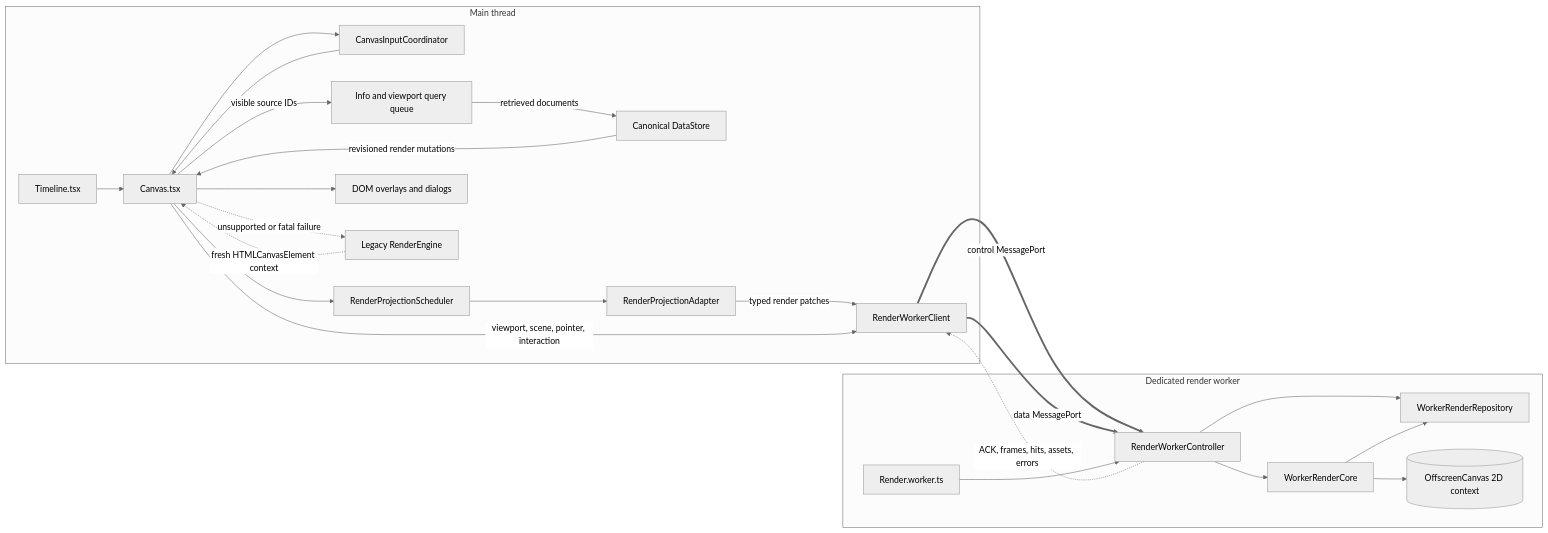
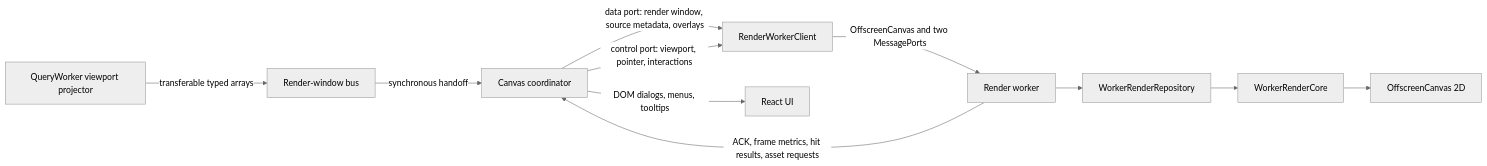
The diagram in docs/webui/engine.architecture.md (mentat-is/gulp), drawn with Mermaid (neutral theme) before and after one commit. The commit also changed other lines of this file and 133 other files, not shown here.

Commit message:
feat: enhance rendering LOD and data handling, avoid use RAM to store events object and store its in IndexDB.

````diff
--- a/docs/webui/engine.architecture.md
+++ b/docs/webui/engine.architecture.md
@@ -32,45 +15,13 @@
 ```mermaid
 flowchart LR
-  subgraph MainThread[Main thread]
-    Timeline[Timeline.tsx]
-    Canvas[Canvas.tsx]
-    Input[CanvasInputCoordinator]
-    Info[Info and viewport query queue]
-    Store[Canonical DataStore]
-    Projection[RenderProjectionScheduler]
-    Adapter[RenderProjectionAdapter]
-    Client[RenderWorkerClient]
-    Dom[DOM overlays and dialogs]
-    Legacy[Legacy RenderEngine]
-  end
-
-  subgraph WorkerThread[Dedicated render worker]
-    Bootstrap[Render.worker.ts]
-    Controller[RenderWorkerController]
-    Repository[WorkerRenderRepository]
-    Core[WorkerRenderCore]
-    Surface[(OffscreenCanvas 2D context)]
-  end
-
-  Timeline --> Canvas
-  Canvas --> Input
-  Input --> Canvas
-  Canvas -->|visible source IDs| Info
-  Info -->|retrieved documents| Store
-  Store -->|revisioned render mutations| Canvas
-  Canvas --> Projection
-  Projection --> Adapter
-  Adapter -->|typed render patches| Client
-  Canvas -->|viewport, scene, pointer, interaction| Client
-  Client ==>|control MessagePort| Controller
-  Client ==>|data MessagePort| Controller
-  Bootstrap --> Controller
-  Controller --> Repository
-  Controller --> Core
-  Core --> Repository
-  Core --> Surface
-  Controller -.->|ACK, frames, hits, assets, errors| Client
-  Canvas --> Dom
-  Canvas -.->|unsupported or fatal failure| Legacy
-  Legacy -.->|fresh HTMLCanvasElement context| Canvas
+    QS[QueryWorker viewport projector] -->|transferable typed arrays| QB[Render-window bus]
+    QB -->|synchronous handoff| C[Canvas coordinator]
+    C -->|data port: render window, source metadata, overlays| RC[RenderWorkerClient]
+    C -->|control port: viewport, pointer, interactions| RC
+    RC -->|OffscreenCanvas and two MessagePorts| RW[Render worker]
+    RW --> WR[WorkerRenderRepository]
+    WR --> CORE[WorkerRenderCore]
+    CORE --> OC[OffscreenCanvas 2D]
+    RW -->|ACK, frame metrics, hit results, asset requests| C
+    C -->|DOM dialogs, menus, tooltips| DOM[React UI]
 ```
````
